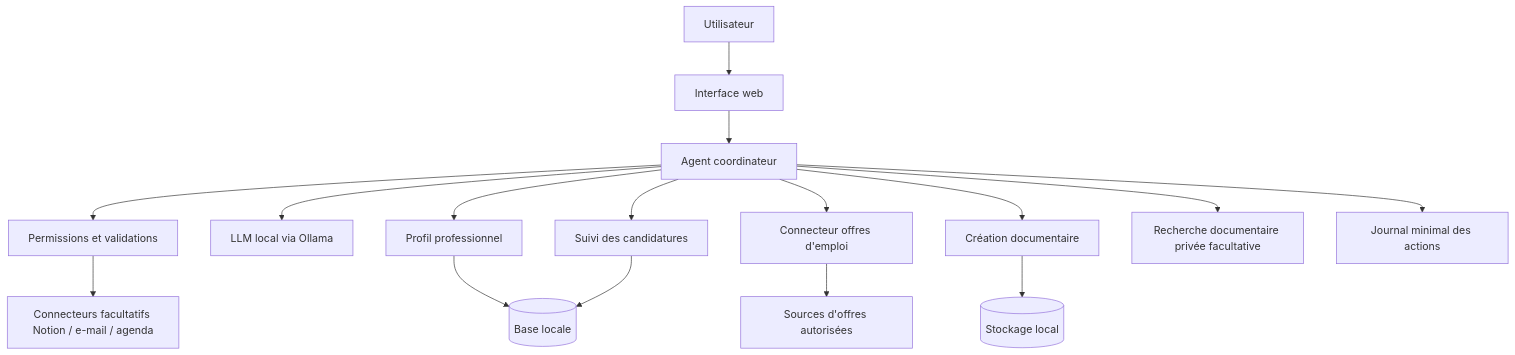
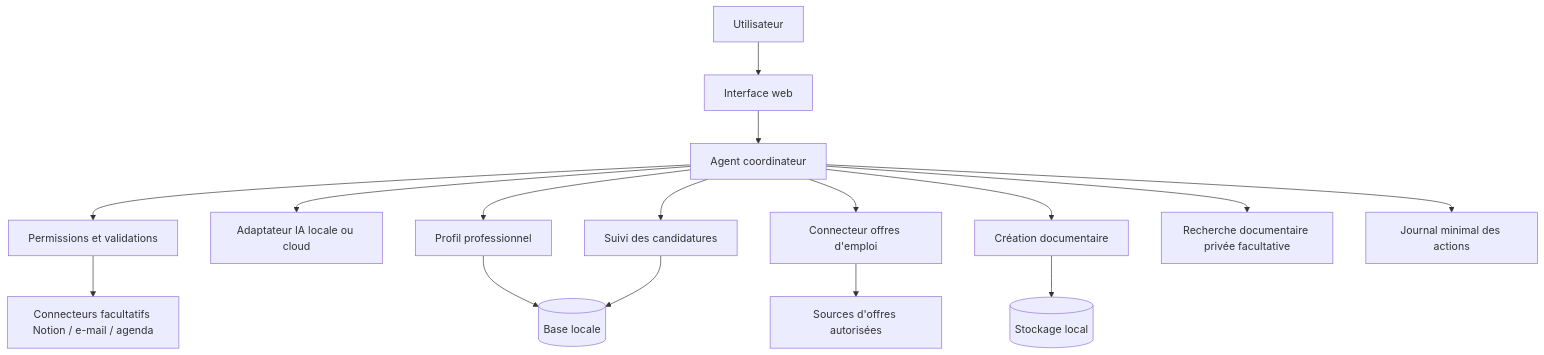
The diagram in docs/architecture.fr.md (fabienhummel/restart-ai), drawn with Mermaid before and after one commit. The commit also changed other lines of this file, not shown here.

````diff
--- a/docs/architecture.fr.md
+++ b/docs/architecture.fr.md
@@ -16,18 +18,18 @@
 ```mermaid
 flowchart TD
     U[Utilisateur] --> UI[Interface web]
     UI --> CO[Agent coordinateur]
     CO --> POLICY[Permissions et validations]
-    CO --> LLM[LLM local via Ollama]
+    CO --> LLM[Adaptateur IA locale ou cloud]
     CO --> P[Profil professionnel]
     CO --> J[Connecteur offres d'emploi]
     CO --> DOC[Création documentaire]
     CO --> TRACK[Suivi des candidatures]
     CO --> RAG[Recherche documentaire privée facultative]
     P --> DB[(Base locale)]
     TRACK --> DB
     DOC --> FS[(Stockage local)]
     J --> EXT[Sources d'offres autorisées]
     POLICY --> CONN[Connecteurs facultatifs Notion / e-mail / agenda]
     CO --> LOG[Journal minimal des actions]
 ```
````
